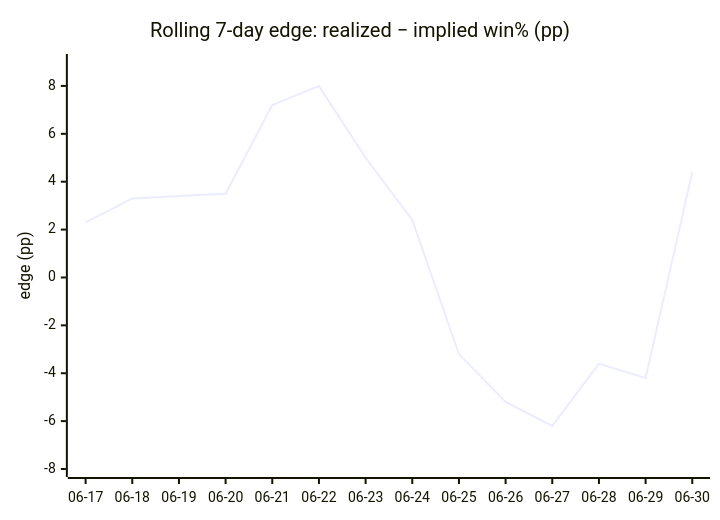
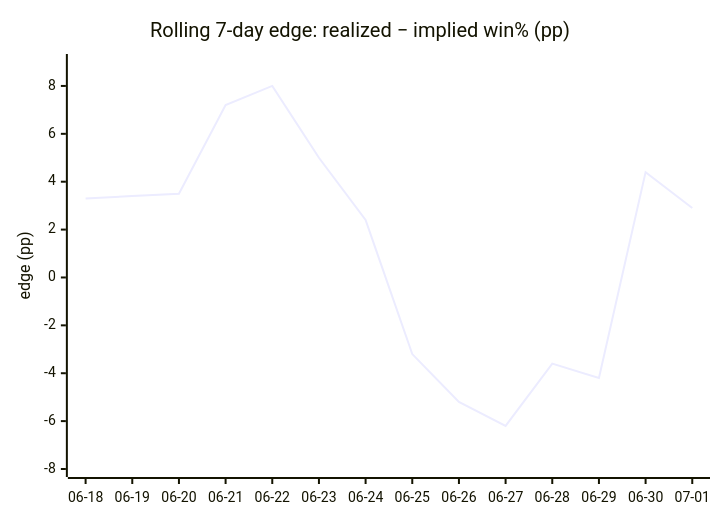
The fifth of 5 diagrams in DAILY_AGSU_REPORT.md (dpk1212/nhl-savant), drawn with Mermaid before and after one commit. The commit also changed other lines of this file, not shown here.

````diff
--- a/DAILY_AGSU_REPORT.md
+++ b/DAILY_AGSU_REPORT.md
@@ -538,7 +536,7 @@
 ```mermaid
 xychart-beta
     title "Rolling 7-day edge: realized − implied win% (pp)"
-    x-axis ["06-17", "06-18", "06-19", "06-20", "06-21", "06-22", "06-23", "06-24", "06-25", "06-26", "06-27", "06-28", "06-29", "06-30"]
+    x-axis ["06-18", "06-19", "06-20", "06-21", "06-22", "06-23", "06-24", "06-25", "06-26", "06-27", "06-28", "06-29", "06-30", "07-01"]
     y-axis "edge (pp)" -8 --> 9
-    line [2.3, 3.3, 3.4, 3.5, 7.2, 8, 5, 2.4, -3.2, -5.2, -6.2, -3.6, -4.2, 4.4]
+    line [3.3, 3.4, 3.5, 7.2, 8, 5, 2.4, -3.2, -5.2, -6.2, -3.6, -4.2, 4.4, 2.9]
 ```
````
